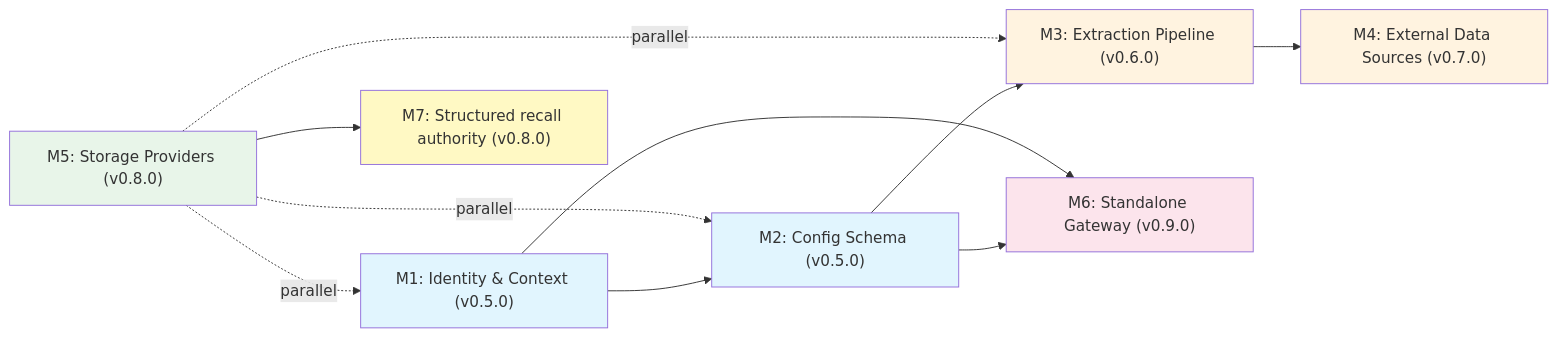
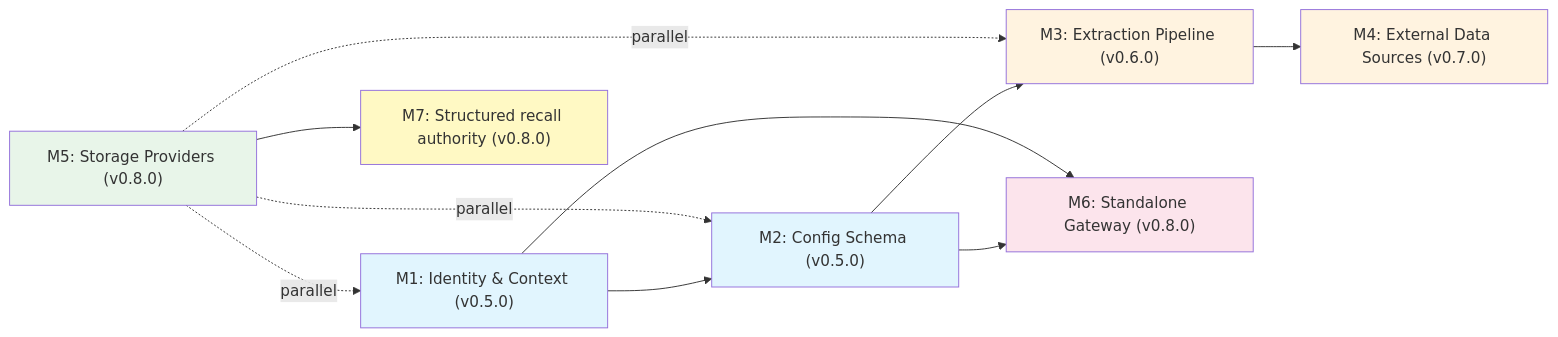
Before and after one commit to AstrocyteAI/astrocyte: the diagram in docs/_design/product-roadmap-v1.md, drawn with Mermaid. The commit also changed other lines of this file and 69 other files, not shown here.

````diff
--- a/docs/_design/product-roadmap-v1.md
+++ b/docs/_design/product-roadmap-v1.md
@@ -340,20 +347,20 @@
 ```mermaid
 graph LR
     M1["M1: Identity & Context (v0.5.0)"] --> M2["M2: Config Schema (v0.5.0)"]
     M2 --> M3["M3: Extraction Pipeline (v0.6.0)"]
-    M2 --> M6["M6: Standalone Gateway (v0.9.0)"]
+    M2 --> M6["M6: Standalone Gateway (v0.8.0)"]
     M3 --> M4["M4: External Data Sources (v0.7.0)"]
     M1 --> M6
     M5["M5: Storage Providers (v0.8.0)"] -.->|parallel| M1
     M5 -.->|parallel| M2
     M5 -.->|parallel| M3
     M5 --> M7["M7: Structured recall authority (v0.8.0)"]
 
     style M1 fill:#e1f5fe
     style M2 fill:#e1f5fe
     style M3 fill:#fff3e0
     style M4 fill:#fff3e0
     style M5 fill:#e8f5e9
     style M6 fill:#fce4ec
     style M7 fill:#fff9c4
 ```
````
